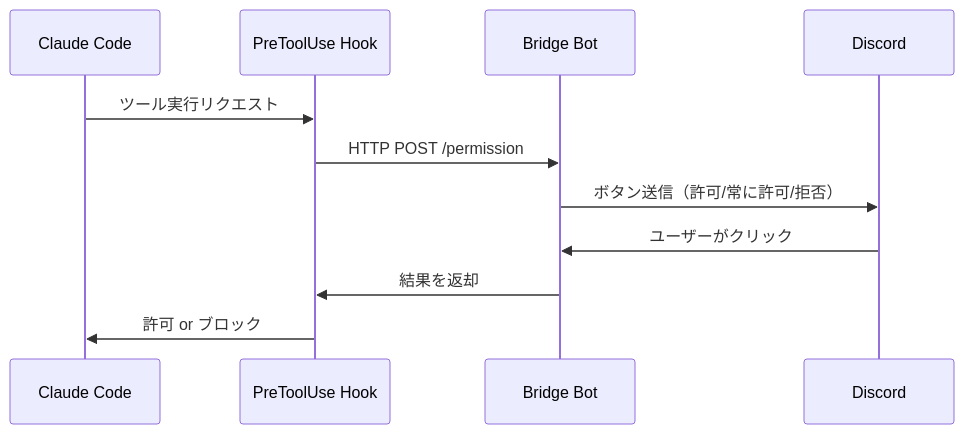
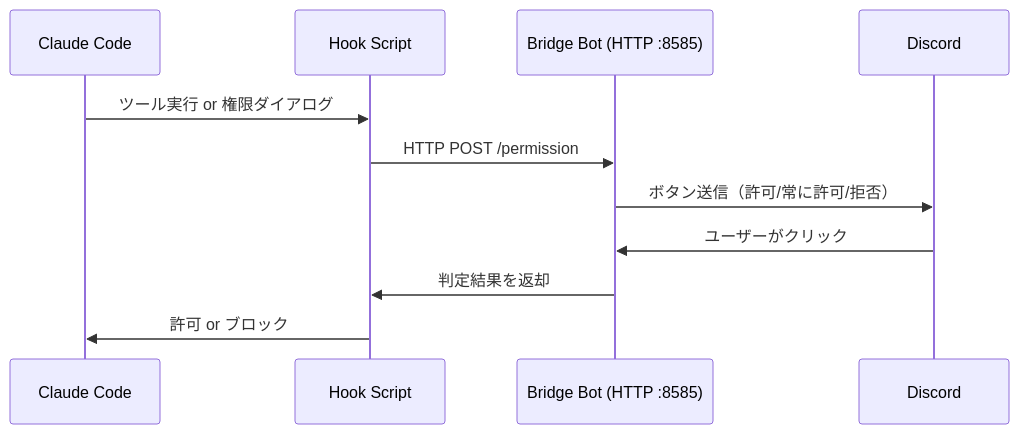
One commit to s925s/discord-claude-bridge changed the second of 2 diagrams in README.md. Above: the diagram before and after it, drawn with Mermaid. The commit also changed other lines of this file, not shown here.

Commit message:
READMEにPermissionRequestフックの説明とポート変更の補足を追加

````diff
--- a/README.md
+++ b/README.md
@@ -112,14 +112,14 @@
 ```mermaid
 sequenceDiagram
     participant CC as Claude Code
-    participant Hook as PreToolUse Hook
-    participant Bot as Bridge Bot
+    participant Hook as Hook Script
+    participant Bot as Bridge Bot (HTTP :8585)
     participant D as Discord
 
-    CC->>Hook: ツール実行リクエスト
+    CC->>Hook: ツール実行 or 権限ダイアログ
     Hook->>Bot: HTTP POST /permission
     Bot->>D: ボタン送信（許可/常に許可/拒否）
     D->>Bot: ユーザーがクリック
-    Bot->>Hook: 結果を返却
+    Bot->>Hook: 判定結果を返却
     Hook->>CC: 許可 or ブロック
 ```
````
